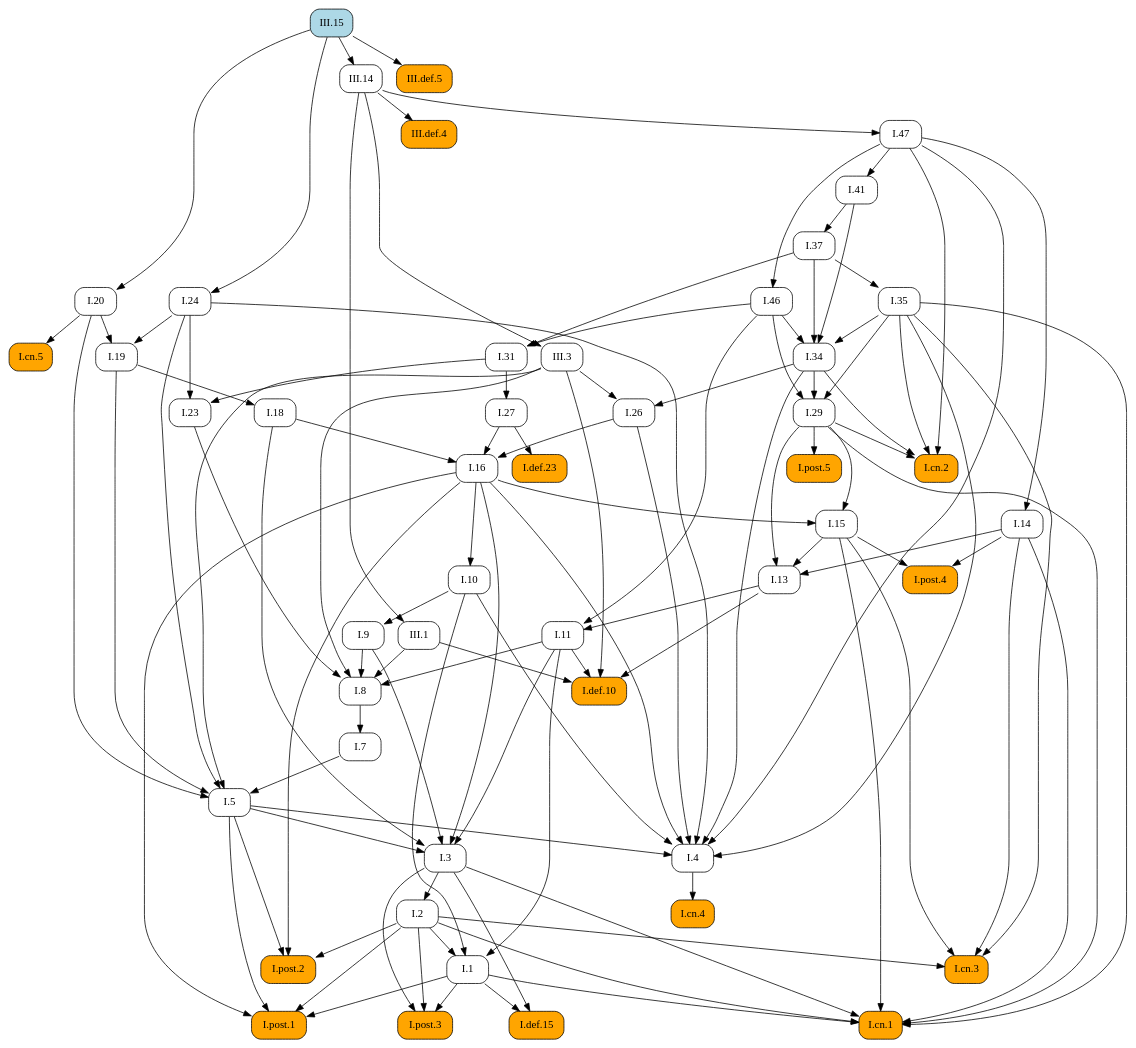
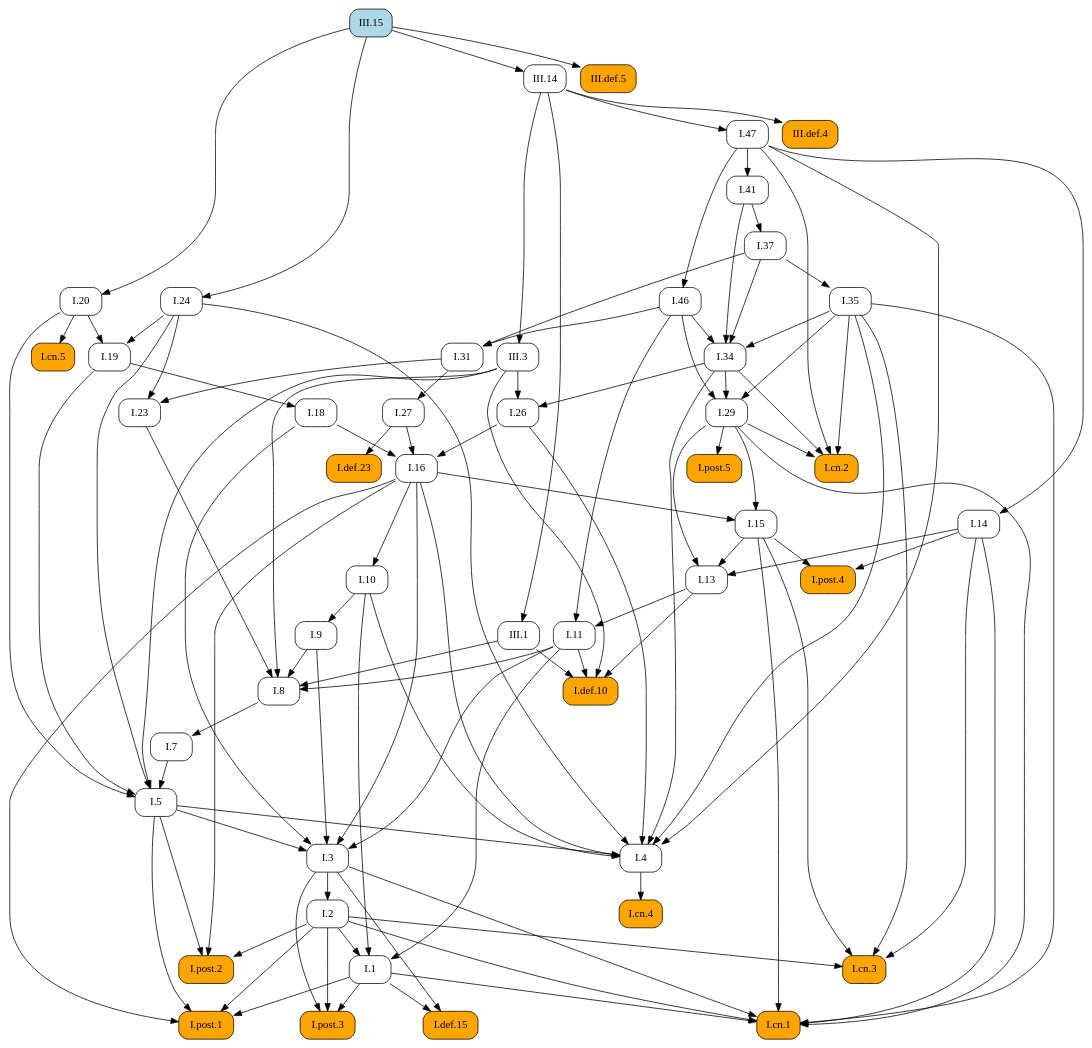
Before and after one commit to geometor/elements: the diagram in docsrc/elements2/III/15/index.rst, drawn with Graphviz. The commit also changed other lines of this file and 171 other files, not shown here.

```diff
--- a/docsrc/elements2/III/15/index.rst
+++ b/docsrc/elements2/III/15/index.rst
@@ -70,92 +70,137 @@
    digraph {
      rankdir="TB";
      node [shape=box, style=rounded];
-     "I.37" [URL="/elements2/I/37/", target="_top"];
-     "I.def.10" [style="rounded,filled", fillcolor=orange, URL="/elements2/I/def.10/", target="_top"];
-     "I.20" [URL="/elements2/I/20/", target="_top"];
-     "III.15" [style="rounded,filled", fillcolor=lightblue, URL="/elements2/III/15/", target="_top"];
+     "I.8" [URL="/elements2/I/8/", target="_top"];
      "I.46" [URL="/elements2/I/46/", target="_top"];
      "I.47" [URL="/elements2/I/47/", target="_top"];
+     "I.post.1" [style="rounded,filled", fillcolor=orange, URL="/elements2/I/post.1/", target="_top"];
+     "III.def.4" [style="rounded,filled", fillcolor=orange, URL="/elements2/III/def.4/", target="_top"];
+     "I.14" [URL="/elements2/I/14/", target="_top"];
+     "I.5" [URL="/elements2/I/5/", target="_top"];
+     "I.post.5" [style="rounded,filled", fillcolor=orange, URL="/elements2/I/post.5/", target="_top"];
+     "III.3" [URL="/elements2/III/3/", target="_top"];
+     "I.def.10" [style="rounded,filled", fillcolor=orange, URL="/elements2/I/def.10/", target="_top"];
+     "I.cn.2" [style="rounded,filled", fillcolor=orange, URL="/elements2/I/cn.2/", target="_top"];
+     "I.def.15" [style="rounded,filled", fillcolor=orange, URL="/elements2/I/def.15/", target="_top"];
+     "I.31" [URL="/elements2/I/31/", target="_top"];
+     "I.11" [URL="/elements2/I/11/", target="_top"];
+     "I.3" [URL="/elements2/I/3/", target="_top"];
+     "I.post.2" [style="rounded,filled", fillcolor=orange, URL="/elements2/I/post.2/", target="_top"];
+     "I.def.23" [style="rounded,filled", fillcolor=orange, URL="/elements2/I/def.23/", target="_top"];
+     "I.26" [URL="/elements2/I/26/", target="_top"];
+     "III.15" [style="rounded,filled", fillcolor=lightblue, URL="/elements2/III/15/", target="_top"];
+     "I.19" [URL="/elements2/I/19/", target="_top"];
+     "I.cn.3" [style="rounded,filled", fillcolor=orange, URL="/elements2/I/cn.3/", target="_top"];
+     "I.cn.4" [style="rounded,filled", fillcolor=orange, URL="/elements2/I/cn.4/", target="_top"];
+     "I.1" [URL="/elements2/I/1/", target="_top"];
+     "I.7" [URL="/elements2/I/7/", target="_top"];
+     "I.9" [URL="/elements2/I/9/", target="_top"];
+     "I.cn.1" [style="rounded,filled", fillcolor=orange, URL="/elements2/I/cn.1/", target="_top"];
+     "I.29" [URL="/elements2/I/29/", target="_top"];
+     "I.16" [URL="/elements2/I/16/", target="_top"];
+     "I.18" [URL="/elements2/I/18/", target="_top"];
+     "I.13" [URL="/elements2/I/13/", target="_top"];
+     "I.post.4" [style="rounded,filled", fillcolor=orange, URL="/elements2/I/post.4/", target="_top"];
+     "I.41" [URL="/elements2/I/41/", target="_top"];
+     "I.35" [URL="/elements2/I/35/", target="_top"];
+     "I.2" [URL="/elements2/I/2/", target="_top"];
+     "I.37" [URL="/elements2/I/37/", target="_top"];
+     "I.27" [URL="/elements2/I/27/", target="_top"];
+     "I.cn.5" [style="rounded,filled", fillcolor=orange, URL="/elements2/I/cn.5/", target="_top"];
+     "I.24" [URL="/elements2/I/24/", target="_top"];
+     "I.4" [URL="/elements2/I/4/", target="_top"];
+     "III.1" [URL="/elements2/III/1/", target="_top"];
+     "I.10" [URL="/elements2/I/10/", target="_top"];
+     "I.15" [URL="/elements2/I/15/", target="_top"];
+     "I.20" [URL="/elements2/I/20/", target="_top"];
      "I.34" [URL="/elements2/I/34/", target="_top"];
-     "I.cn.4" [style="rounded,filled", fillcolor=orange, URL="/elements2/I/cn.4/", target="_top"];
-     "I.def.15" [style="rounded,filled", fillcolor=orange, URL="/elements2/I/def.15/", target="_top"];
+     "I.23" [URL="/elements2/I/23/", target="_top"];
+     "III.14" [URL="/elements2/III/14/", target="_top"];
+     "III.def.5" [style="rounded,filled", fillcolor=orange, URL="/elements2/III/def.5/", target="_top"];
      "I.post.3" [style="rounded,filled", fillcolor=orange, URL="/elements2/I/post.3/", target="_top"];
-     "I.41" [URL="/elements2/I/41/", target="_top"];
-     "I.27" [URL="/elements2/I/27/", target="_top"];
-     "III.14" [URL="/elements2/III/14/", target="_top"];
-     "I.post.2" [style="rounded,filled", fillcolor=orange, URL="/elements2/I/post.2/", target="_top"];
-     "I.13" [URL="/elements2/I/13/", target="_top"];
-     "I.24" [URL="/elements2/I/24/", target="_top"];
-     "I.post.1" [style="rounded,filled", fillcolor=orange, URL="/elements2/I/post.1/", target="_top"];
-     "I.7" [URL="/elements2/I/7/", target="_top"];
-     "I.10" [URL="/elements2/I/10/", target="_top"];
-     "I.14" [URL="/elements2/I/14/", target="_top"];
-     "I.cn.5" [style="rounded,filled", fillcolor=orange, URL="/elements2/I/cn.5/", target="_top"];
-     "I.11" [URL="/elements2/I/11/", target="_top"];
-     "I.4" [URL="/elements2/I/4/", target="_top"];
-     "I.16" [URL="/elements2/I/16/", target="_top"];
-     "I.def.23" [style="rounded,filled", fillcolor=orange, URL="/elements2/I/def.23/", target="_top"];
-     "I.9" [URL="/elements2/I/9/", target="_top"];
-     "I.18" [URL="/elements2/I/18/", target="_top"];
-     "I.8" [URL="/elements2/I/8/", target="_top"];
-     "I.cn.2" [style="rounded,filled", fillcolor=orange, URL="/elements2/I/cn.2/", target="_top"];
-     "I.23" [URL="/elements2/I/23/", target="_top"];
-     "I.26" [URL="/elements2/I/26/", target="_top"];
-     "I.2" [URL="/elements2/I/2/", target="_top"];
-     "I.15" [URL="/elements2/I/15/", target="_top"];
-     "I.post.5" [style="rounded,filled", fillcolor=orange, URL="/elements2/I/post.5/", target="_top"];
-     "III.1" [URL="/elements2/III/1/", target="_top"];
-     "I.29" [URL="/elements2/I/29/", target="_top"];
-     "I.1" [URL="/elements2/I/1/", target="_top"];
-     "I.35" [URL="/elements2/I/35/", target="_top"];
-     "III.3" [URL="/elements2/III/3/", target="_top"];
-     "III.def.4" [style="rounded,filled", fillcolor=orange, URL="/elements2/III/def.4/", target="_top"];
-     "I.31" [URL="/elements2/I/31/", target="_top"];
-     "I.post.4" [style="rounded,filled", fillcolor=orange, URL="/elements2/I/post.4/", target="_top"];
-     "I.cn.1" [style="rounded,filled", fillcolor=orange, URL="/elements2/I/cn.1/", target="_top"];
-     "I.3" [URL="/elements2/I/3/", target="_top"];
-     "I.cn.3" [style="rounded,filled", fillcolor=orange, URL="/elements2/I/cn.3/", target="_top"];
-     "III.def.5" [style="rounded,filled", fillcolor=orange, URL="/elements2/III/def.5/", target="_top"];
-     "I.19" [URL="/elements2/I/19/", target="_top"];
-     "I.5" [URL="/elements2/I/5/", target="_top"];
-     "I.41" -> "I.37";
+     "I.9" -> "I.8";
+     "I.11" -> "I.8";
+     "I.23" -> "I.8";
+     "III.1" -> "I.8";
+     "III.3" -> "I.8";
+     "I.47" -> "I.46";
+     "III.14" -> "I.47";
+     "I.1" -> "I.post.1";
+     "I.2" -> "I.post.1";
+     "I.5" -> "I.post.1";
+     "I.16" -> "I.post.1";
+     "III.14" -> "III.def.4";
+     "I.47" -> "I.14";
+     "I.7" -> "I.5";
+     "I.19" -> "I.5";
+     "I.20" -> "I.5";
+     "I.24" -> "I.5";
+     "III.3" -> "I.5";
+     "I.29" -> "I.post.5";
+     "III.14" -> "III.3";
      "I.11" -> "I.def.10";
      "I.13" -> "I.def.10";
      "III.1" -> "I.def.10";
      "III.3" -> "I.def.10";
-     "III.15" -> "I.20";
-     "I.47" -> "I.46";
-     "III.14" -> "I.47";
-     "I.35" -> "I.34";
-     "I.37" -> "I.34";
-     "I.41" -> "I.34";
-     "I.46" -> "I.34";
-     "I.4" -> "I.cn.4";
+     "I.29" -> "I.cn.2";
+     "I.34" -> "I.cn.2";
+     "I.35" -> "I.cn.2";
+     "I.47" -> "I.cn.2";
      "I.1" -> "I.def.15";
      "I.3" -> "I.def.15";
-     "I.1" -> "I.post.3";
-     "I.2" -> "I.post.3";
-     "I.3" -> "I.post.3";
-     "I.47" -> "I.41";
-     "I.31" -> "I.27";
-     "III.15" -> "III.14";
+     "I.37" -> "I.31";
+     "I.46" -> "I.31";
+     "I.13" -> "I.11";
+     "I.46" -> "I.11";
+     "I.5" -> "I.3";
+     "I.9" -> "I.3";
+     "I.11" -> "I.3";
+     "I.16" -> "I.3";
+     "I.18" -> "I.3";
      "I.2" -> "I.post.2";
      "I.5" -> "I.post.2";
      "I.16" -> "I.post.2";
+     "I.27" -> "I.def.23";
+     "I.34" -> "I.26";
+     "III.3" -> "I.26";
+     "I.20" -> "I.19";
+     "I.24" -> "I.19";
+     "I.2" -> "I.cn.3";
+     "I.14" -> "I.cn.3";
+     "I.15" -> "I.cn.3";
+     "I.35" -> "I.cn.3";
+     "I.4" -> "I.cn.4";
+     "I.2" -> "I.1";
+     "I.10" -> "I.1";
+     "I.11" -> "I.1";
+     "I.8" -> "I.7";
+     "I.10" -> "I.9";
+     "I.1" -> "I.cn.1";
+     "I.2" -> "I.cn.1";
+     "I.3" -> "I.cn.1";
+     "I.14" -> "I.cn.1";
+     "I.15" -> "I.cn.1";
+     "I.29" -> "I.cn.1";
+     "I.35" -> "I.cn.1";
+     "I.34" -> "I.29";
+     "I.35" -> "I.29";
+     "I.46" -> "I.29";
+     "I.18" -> "I.16";
+     "I.26" -> "I.16";
+     "I.27" -> "I.16";
+     "I.19" -> "I.18";
      "I.14" -> "I.13";
      "I.15" -> "I.13";
      "I.29" -> "I.13";
+     "I.14" -> "I.post.4";
+     "I.15" -> "I.post.4";
+     "I.47" -> "I.41";
+     "I.37" -> "I.35";
+     "I.3" -> "I.2";
+     "I.41" -> "I.37";
+     "I.31" -> "I.27";
+     "I.20" -> "I.cn.5";
      "III.15" -> "I.24";
-     "I.1" -> "I.post.1";
-     "I.2" -> "I.post.1";
-     "I.5" -> "I.post.1";
-     "I.16" -> "I.post.1";
-     "I.8" -> "I.7";
-     "I.16" -> "I.10";
-     "I.47" -> "I.14";
-     "I.20" -> "I.cn.5";
-     "I.13" -> "I.11";
-     "I.46" -> "I.11";
      "I.5" -> "I.4";
      "I.10" -> "I.4";
      "I.16" -> "I.4";
@@ -164,65 +209,20 @@
      "I.34" -> "I.4";
      "I.35" -> "I.4";
      "I.47" -> "I.4";
-     "I.18" -> "I.16";
-     "I.26" -> "I.16";
-     "I.27" -> "I.16";
-     "I.27" -> "I.def.23";
-     "I.10" -> "I.9";
-     "I.19" -> "I.18";
-     "I.9" -> "I.8";
-     "I.11" -> "I.8";
-     "I.23" -> "I.8";
-     "III.1" -> "I.8";
-     "III.3" -> "I.8";
-     "I.29" -> "I.cn.2";
-     "I.34" -> "I.cn.2";
-     "I.35" -> "I.cn.2";
-     "I.47" -> "I.cn.2";
+     "III.14" -> "III.1";
+     "I.16" -> "I.10";
+     "I.16" -> "I.15";
+     "I.29" -> "I.15";
+     "III.15" -> "I.20";
+     "I.35" -> "I.34";
+     "I.37" -> "I.34";
+     "I.41" -> "I.34";
+     "I.46" -> "I.34";
      "I.24" -> "I.23";
      "I.31" -> "I.23";
-     "I.34" -> "I.26";
-     "III.3" -> "I.26";
-     "I.3" -> "I.2";
-     "I.16" -> "I.15";
-     "I.29" -> "I.15";
-     "I.29" -> "I.post.5";
-     "III.14" -> "III.1";
-     "I.34" -> "I.29";
-     "I.35" -> "I.29";
-     "I.46" -> "I.29";
-     "I.2" -> "I.1";
-     "I.10" -> "I.1";
-     "I.11" -> "I.1";
-     "I.37" -> "I.35";
-     "III.14" -> "III.3";
-     "III.14" -> "III.def.4";
-     "I.37" -> "I.31";
-     "I.46" -> "I.31";
-     "I.14" -> "I.post.4";
-     "I.15" -> "I.post.4";
-     "I.1" -> "I.cn.1";
-     "I.2" -> "I.cn.1";
-     "I.3" -> "I.cn.1";
-     "I.14" -> "I.cn.1";
-     "I.15" -> "I.cn.1";
-     "I.29" -> "I.cn.1";
-     "I.35" -> "I.cn.1";
-     "I.5" -> "I.3";
-     "I.9" -> "I.3";
-     "I.11" -> "I.3";
-     "I.16" -> "I.3";
-     "I.18" -> "I.3";
-     "I.2" -> "I.cn.3";
-     "I.14" -> "I.cn.3";
-     "I.15" -> "I.cn.3";
-     "I.35" -> "I.cn.3";
+     "III.15" -> "III.14";
      "III.15" -> "III.def.5";
-     "I.20" -> "I.19";
-     "I.24" -> "I.19";
-     "I.7" -> "I.5";
-     "I.19" -> "I.5";
-     "I.20" -> "I.5";
-     "I.24" -> "I.5";
-     "III.3" -> "I.5";
+     "I.1" -> "I.post.3";
+     "I.2" -> "I.post.3";
+     "I.3" -> "I.post.3";
    }
```
